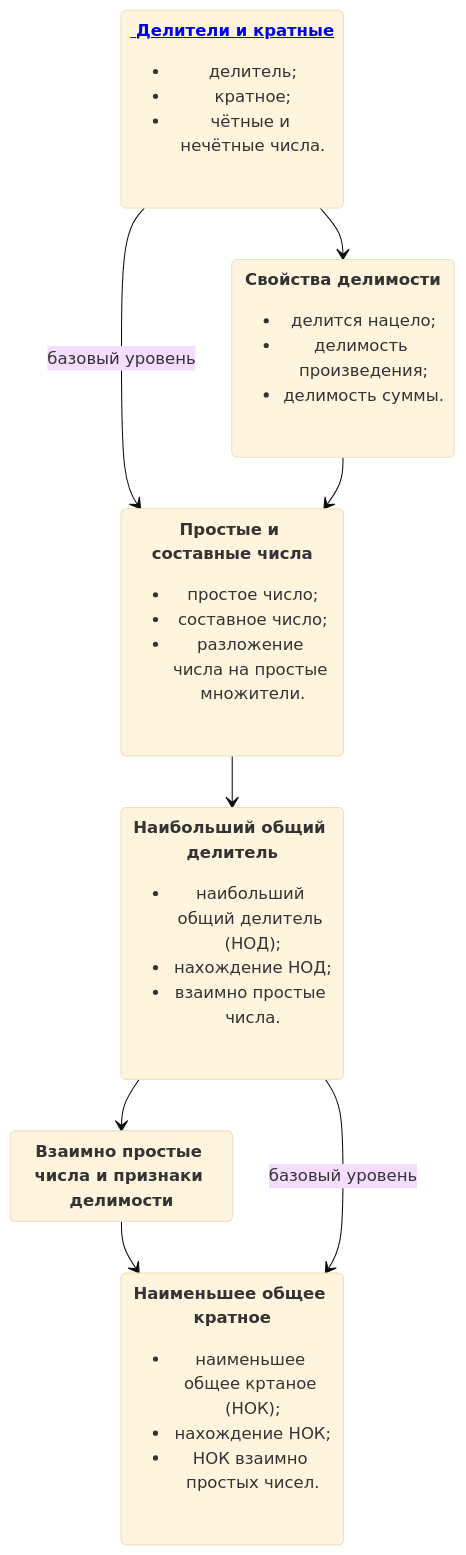
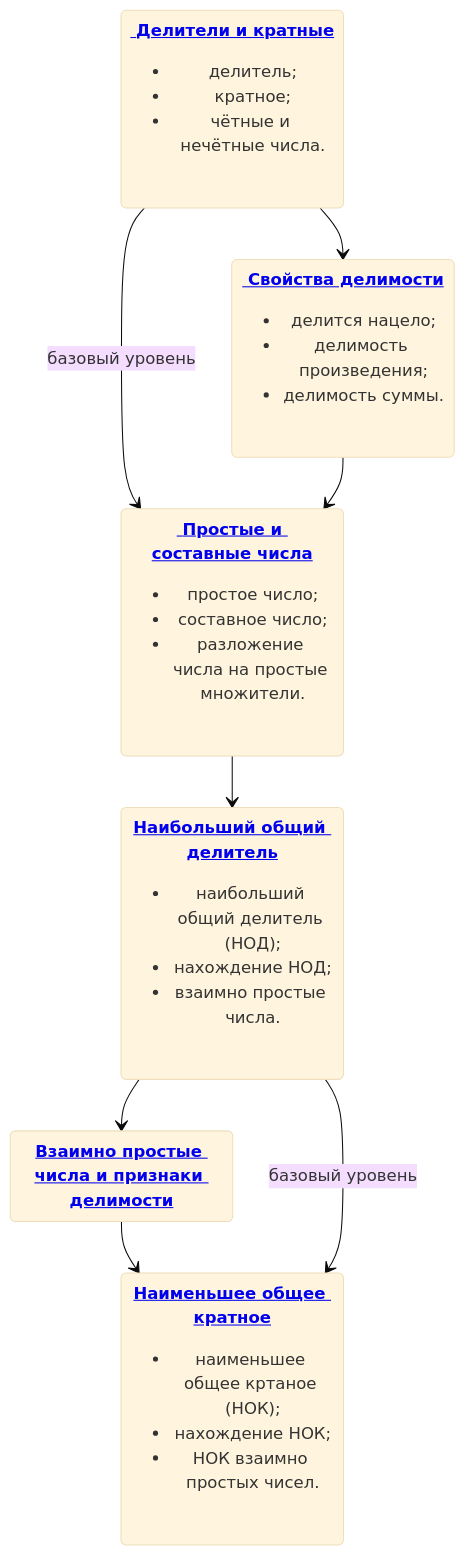
The diagram in docs/arithmetic/01divNumbers/div-numers-intro.mdx (lebedevalex3/edututor), drawn with Mermaid (base theme) before and after one commit. The commit also changed other lines of this file and 15 other files, not shown here.

````diff
--- a/docs/arithmetic/01divNumbers/div-numers-intro.mdx
+++ b/docs/arithmetic/01divNumbers/div-numers-intro.mdx
@@ -23,23 +11,23 @@
 ```mermaid
 
 stateDiagram-v2
   state "<b><a href ='/docs/deliteli-i-kratnye'> Делители и кратные</a></b><ul><li>делитель;</li><li>кратное;</li><li>чётные и нечётные числа.</li> </ul>" as s1
 
-  state "<b>Свойства делимости</b><ul><li>делится нацело;</li><li>делимость произведения;</li><li>делимость суммы.</li> </ul>" as s2
-  state "<b>Простые и составные числа</b><ul><li>простое число;</li><li>составное число;</li><li>разложение числа на простые множители.</li> </ul>" as s3
-   state "<b>Наибольший общий делитель</b><ul><li>наибольший общий делитель (НОД);</li><li>нахождение НОД;</li><li>взаимно простые числа.</li> </ul>" as s4
-   state "<b>Взаимно простые числа и признаки делимости</b>" as s5
-   state "<b>Наименьшее общее кратное</b><ul><li>наименьшее общее кртаное (НОК);</li><li>нахождение НОК;</li><li>НОК взаимно простых чисел.</li> </ul>" as s6
+  state "<b><a href ='/docs/svojstva-delimosti-chisel'> Свойства делимости</a></b><ul><li>делится нацело;</li><li>делимость произведения;</li><li>делимость суммы.</li> </ul>" as s2
+  state "<b><a href ='/docs/prostye-i-sostavnye-chisla'> Простые и составные числа</a></b><ul><li>простое число;</li><li>составное число;</li><li>разложение числа на простые множители.</li> </ul>" as s3
+   state "<b><a href ='/docs/naibolshij-obshchij-delitel'>Наибольший общий делитель</a></b><ul><li>наибольший общий делитель (НОД);</li><li>нахождение НОД;</li><li>взаимно простые числа.</li> </ul>" as s4
+   state "<b><a href ='/docs/naibolshij-obshchij-delitel#vd'>Взаимно простые числа и признаки делимости</a></b>" as s5
+   state "<b><a href ='/docs/naimenshee-obshchee-kratnoe'>Наименьшее общее кратное</a></b><ul><li>наименьшее общее кртаное (НОК);</li><li>нахождение НОК;</li><li>НОК взаимно простых чисел.</li> </ul>" as s6
   direction TB
   s1 --> s2
   s1 --> s3 : базовый уровень
   direction TB
   s2 --> s3
   s3 --> s4
-  s4 --> s5
+   s4 --> s5
   s5 --> s6
   s4 --> s6 : базовый уровень
 
 
 
 ```
````
